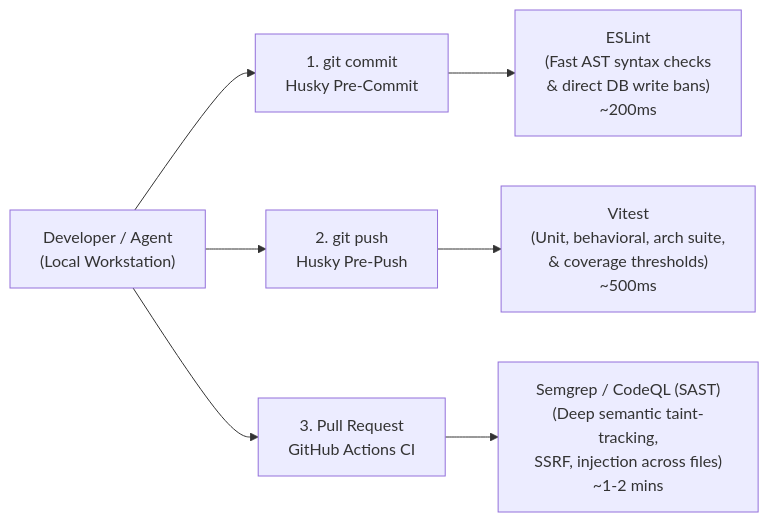
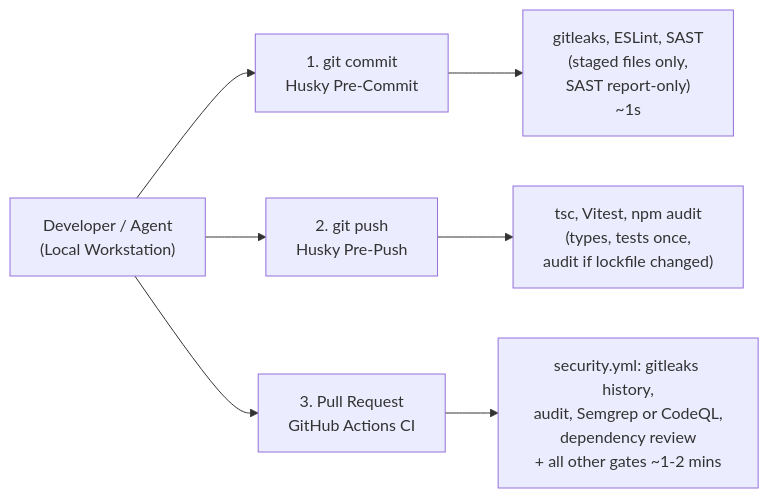
Before and after one commit to oneup4real/engineering-standards: the sixth of 12 diagrams in README.md, drawn with Mermaid. The commit also changed other lines of this file and 6 other files, not shown here.

````diff
--- a/README.md
+++ b/README.md
@@ -355,11 +379,11 @@
 ```mermaid
 flowchart LR
     Dev["Developer / Agent\n(Local Workstation)"] --> Hook1["1. git commit\nHusky Pre-Commit"]
-    Hook1 --> ESLint["ESLint\n(Fast AST syntax checks\n& direct DB write bans)\n~200ms"]
+    Hook1 --> ESLint["gitleaks, ESLint, SAST\n(staged files only,\nSAST report-only)\n~1s"]
     
     Dev --> Hook2["2. git push\nHusky Pre-Push"]
-    Hook2 --> Vitest["Vitest\n(Unit, behavioral, arch suite,\n& coverage thresholds)\n~500ms"]
+    Hook2 --> Vitest["tsc, Vitest, npm audit\n(types, tests once,\naudit if lockfile changed)"]
     
     Dev --> PR["3. Pull Request\nGitHub Actions CI"]
-    PR --> Semgrep["Semgrep / CodeQL (SAST)\n(Deep semantic taint-tracking,\nSSRF, injection across files)\n~1-2 mins"]
+    PR --> Semgrep["security.yml: gitleaks history,\naudit, Semgrep or CodeQL,\ndependency review\n+ all other gates ~1-2 mins"]
 ```
````
